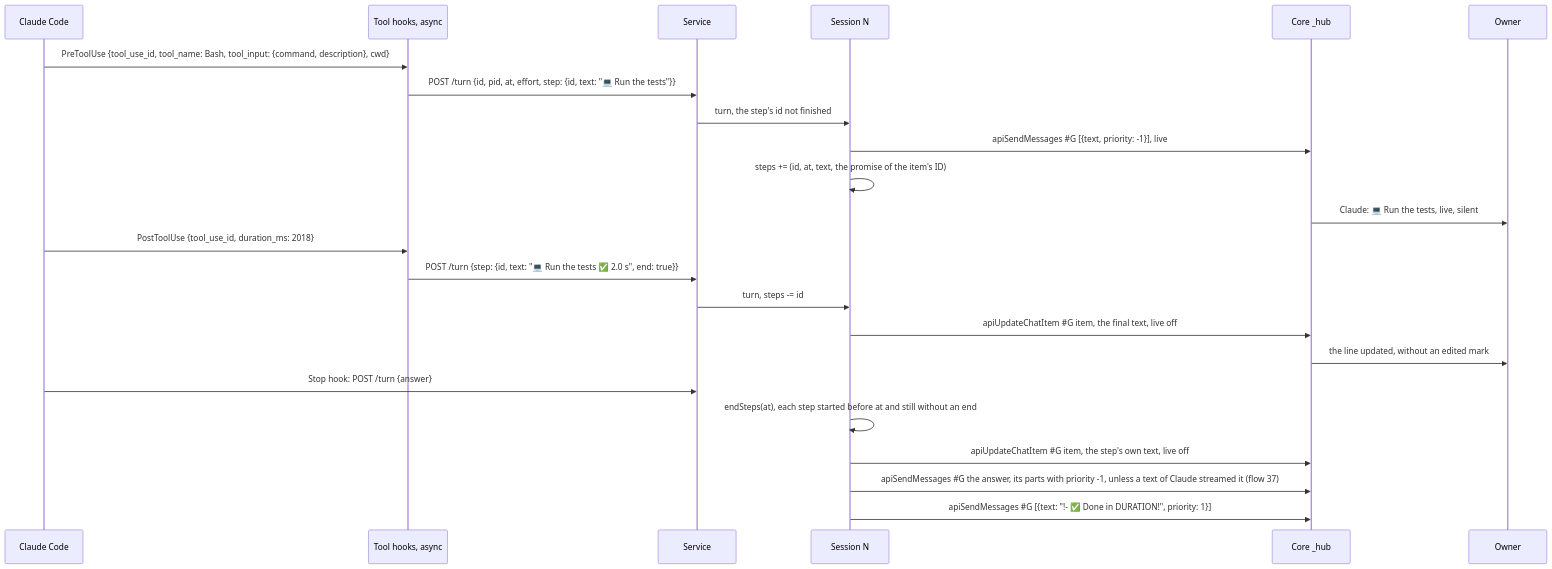
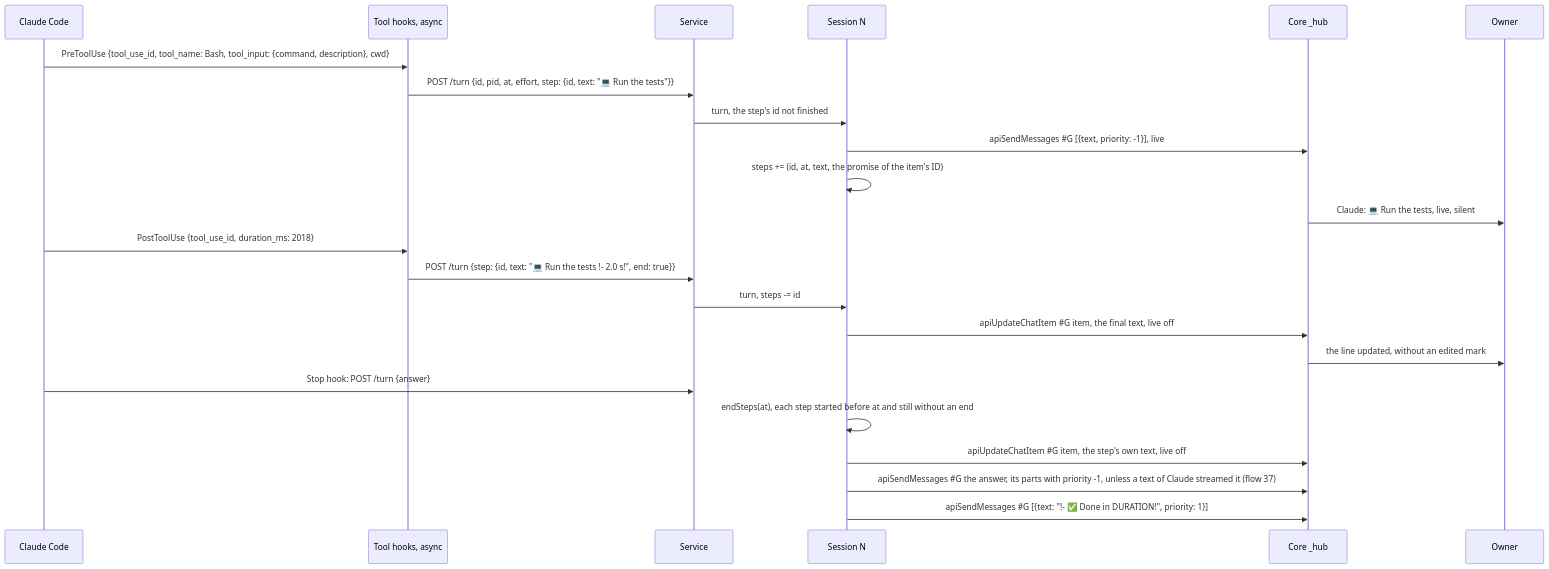
One commit to simplex-chat/simplex-chat changed diagram 32 of 38 in packages/simplex-chat-mcp/spec/flows.md. Above: the diagram before and after it, drawn with Mermaid. The commit also changed 6 other files, not shown here.

````diff
--- a/packages/simplex-chat-mcp/spec/flows.md
+++ b/packages/simplex-chat-mcp/spec/flows.md
@@ -1475,25 +1475,25 @@
 ```mermaid
 sequenceDiagram
   participant CC as Claude Code
   participant HK as Tool hooks, async
   participant D as Service
   participant N as Session N
   participant C as Core _hub
   participant O as Owner
   CC->>HK: PreToolUse {tool_use_id, tool_name: Bash, tool_input: {command, description}, cwd}
   HK->>D: POST /turn {id, pid, at, effort, step: {id, text: "💻 Run the tests"}}
   D->>N: turn, the step's id not finished
   N->>C: apiSendMessages #35;G [{text, priority: -1}], live
   N->>N: steps += (id, at, text, the promise of the item's ID)
   C->>O: Claude: 💻 Run the tests, live, silent
   CC->>HK: PostToolUse {tool_use_id, duration_ms: 2018}
-  HK->>D: POST /turn {step: {id, text: "💻 Run the tests ✅ 2.0 s", end: true}}
+  HK->>D: POST /turn {step: {id, text: "💻 Run the tests !- 2.0 s!", end: true}}
   D->>N: turn, steps -= id
   N->>C: apiUpdateChatItem #35;G item, the final text, live off
   C->>O: the line updated, without an edited mark
   CC->>D: Stop hook: POST /turn {answer}
   N->>N: endSteps(at), each step started before at and still without an end
   N->>C: apiUpdateChatItem #35;G item, the step's own text, live off
   N->>C: apiSendMessages #35;G the answer, its parts with priority -1, unless a text of Claude streamed it (flow 37)
   N->>C: apiSendMessages #35;G [{text: "!- ✅ Done in DURATION!", priority: 1}]
 ```
````
